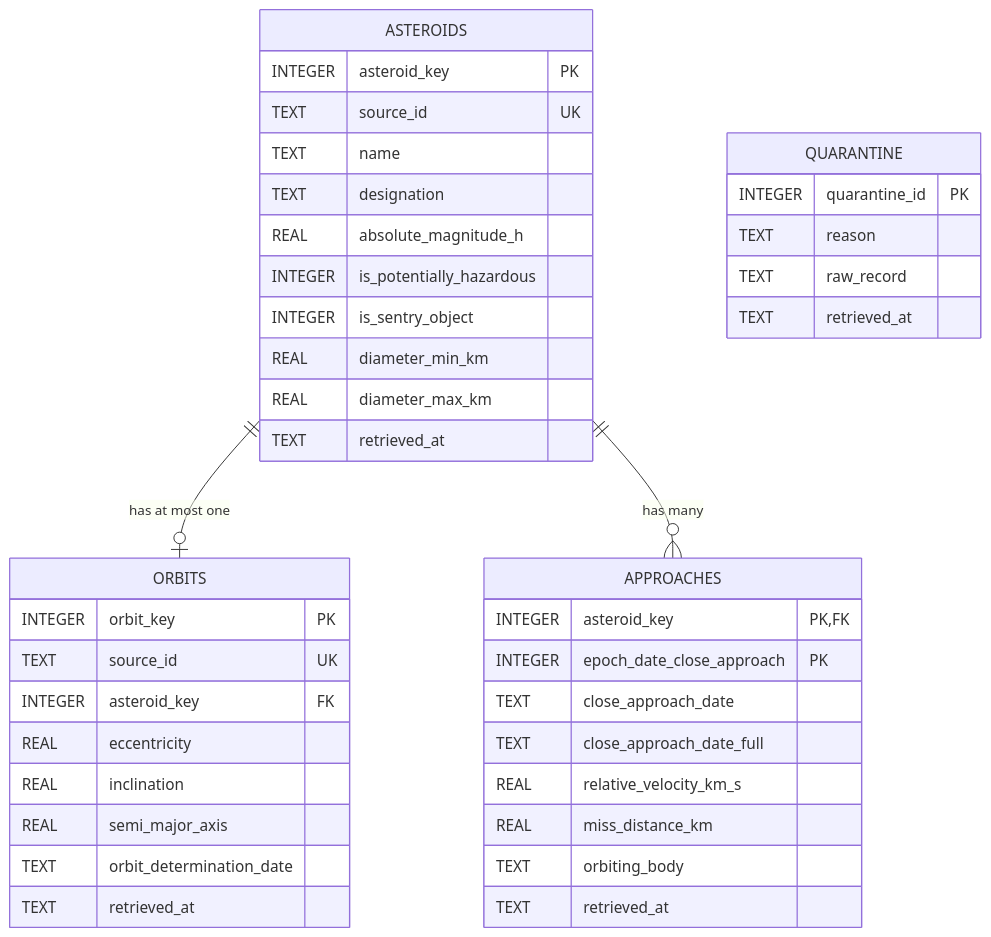
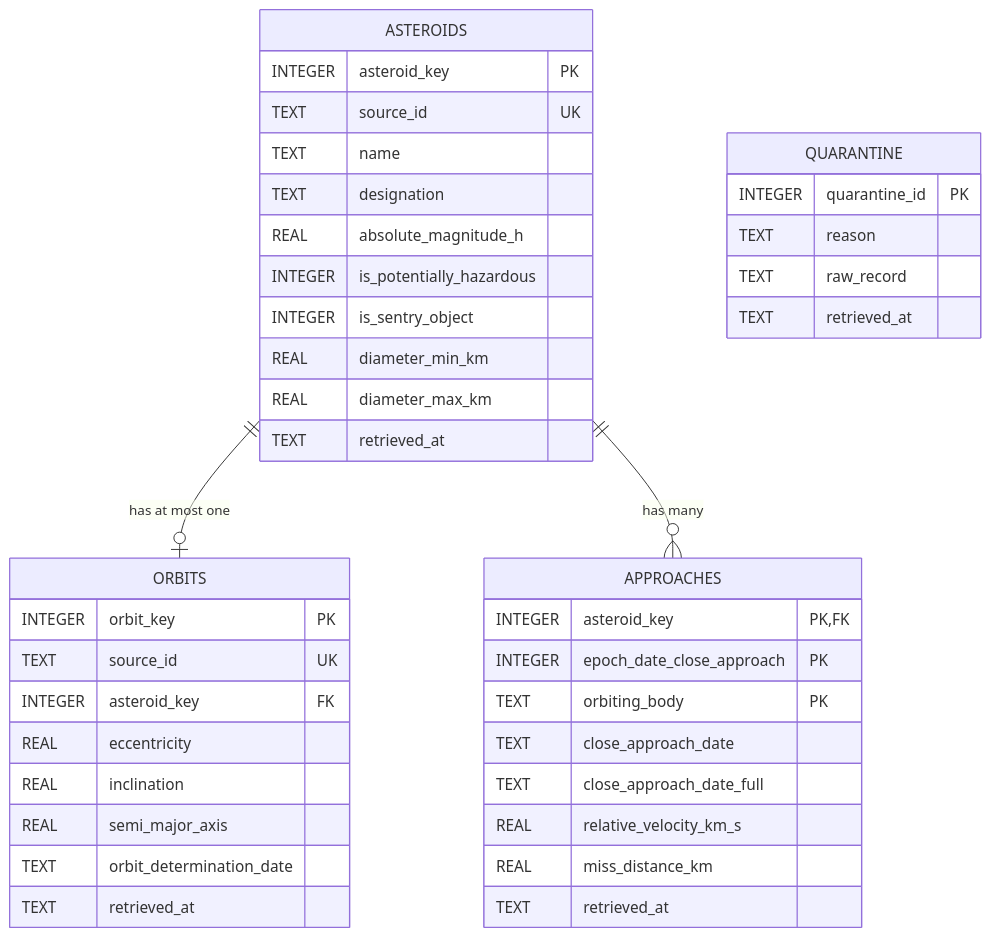
The diagram in README.md (se-220717030/nasa-data-pipeline), drawn with Mermaid before and after one commit. The commit also changed other lines of this file and 7 other files, not shown here.

````diff
--- a/README.md
+++ b/README.md
@@ -190,44 +190,44 @@
 ```mermaid
 erDiagram
     ASTEROIDS ||--o| ORBITS : "has at most one"
     ASTEROIDS ||--o{ APPROACHES : "has many"
 
     ASTEROIDS {
         INTEGER asteroid_key PK
         TEXT source_id UK
         TEXT name
         TEXT designation
         REAL absolute_magnitude_h
         INTEGER is_potentially_hazardous
         INTEGER is_sentry_object
         REAL diameter_min_km
         REAL diameter_max_km
         TEXT retrieved_at
     }
     ORBITS {
         INTEGER orbit_key PK
         TEXT source_id UK
         INTEGER asteroid_key FK
         REAL eccentricity
         REAL inclination
         REAL semi_major_axis
         TEXT orbit_determination_date
         TEXT retrieved_at
     }
     APPROACHES {
         INTEGER asteroid_key PK, FK
         INTEGER epoch_date_close_approach PK
+        TEXT orbiting_body PK
         TEXT close_approach_date
         TEXT close_approach_date_full
         REAL relative_velocity_km_s
         REAL miss_distance_km
-        TEXT orbiting_body
         TEXT retrieved_at
     }
     QUARANTINE {
         INTEGER quarantine_id PK
         TEXT reason
         TEXT raw_record
         TEXT retrieved_at
     }
 ```
````
